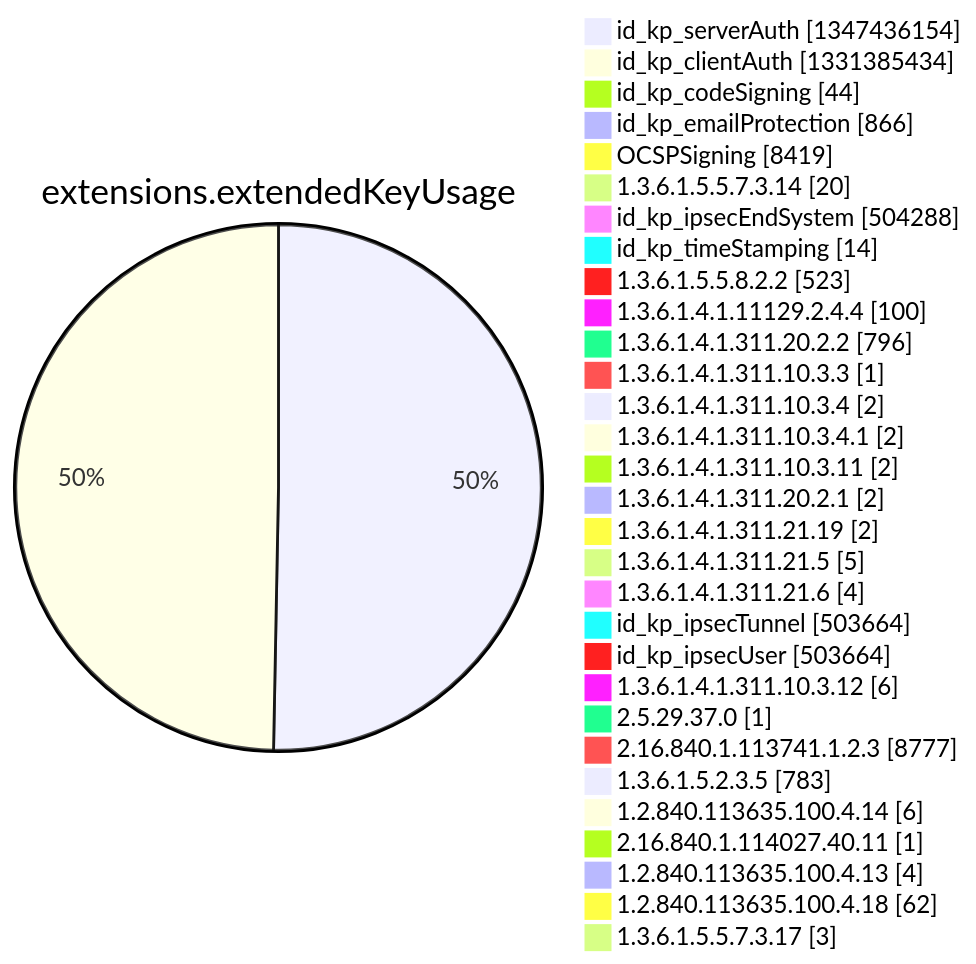
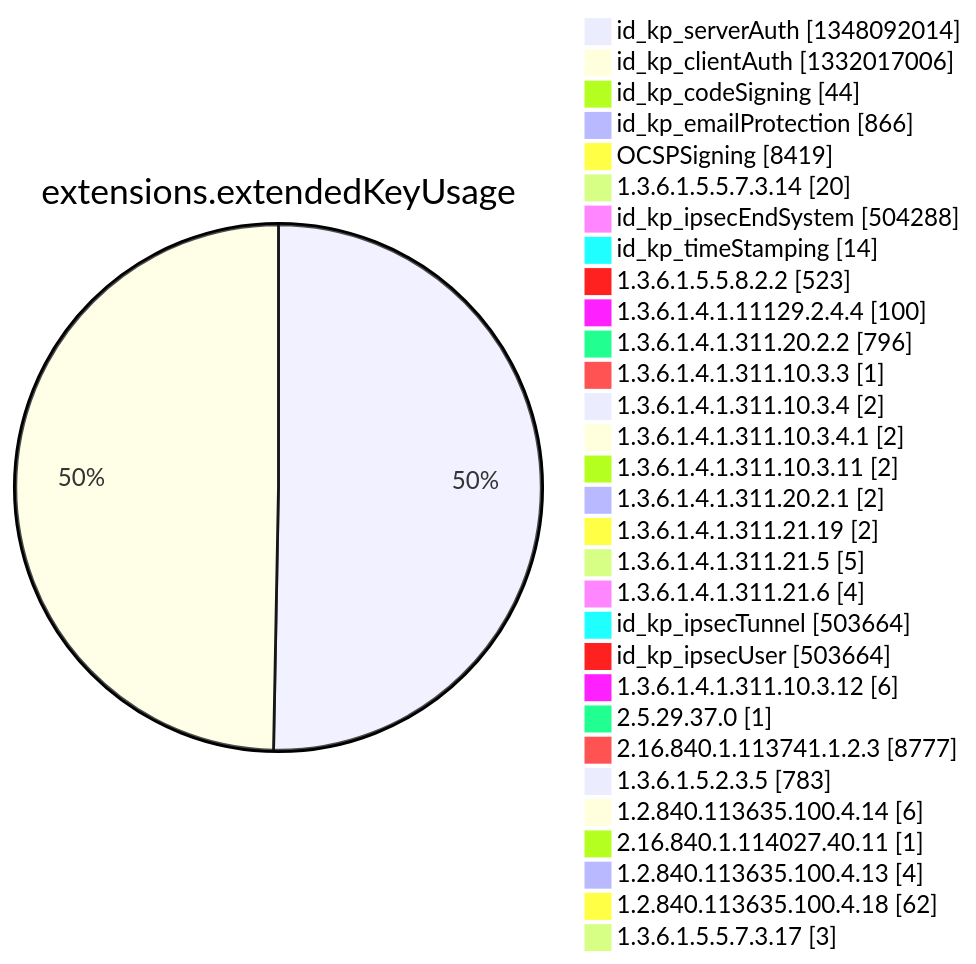
Diagram 12 of 15 in argon2022/README.md (christiankrug/ctmonitor_visualization), drawn with Mermaid before and after one commit. The commit also changed other lines of this file, not shown here.

````diff
--- a/argon2022/README.md
+++ b/argon2022/README.md
@@ -3553,34 +3553,34 @@
 ```mermaid
 pie showData
 title extensions.extendedKeyUsage
-"id_kp_serverAuth" :1347436154
-"id_kp_clientAuth" :1331385434
+"id_kp_serverAuth" :1348092014
+"id_kp_clientAuth" :1332017006
 "id_kp_codeSigning" :44
 "id_kp_emailProtection" :866
 "OCSPSigning" :8419
 "1.3.6.1.5.5.7.3.14" :20
 "id_kp_ipsecEndSystem" :504288
 "id_kp_timeStamping" :14
 "1.3.6.1.5.5.8.2.2" :523
 "1.3.6.1.4.1.11129.2.4.4" :100
 "1.3.6.1.4.1.311.20.2.2" :796
 "1.3.6.1.4.1.311.10.3.3" :1
 "1.3.6.1.4.1.311.10.3.4" :2
 "1.3.6.1.4.1.311.10.3.4.1" :2
 "1.3.6.1.4.1.311.10.3.11" :2
 "1.3.6.1.4.1.311.20.2.1" :2
 "1.3.6.1.4.1.311.21.19" :2
 "1.3.6.1.4.1.311.21.5" :5
 "1.3.6.1.4.1.311.21.6" :4
 "id_kp_ipsecTunnel" :503664
 "id_kp_ipsecUser" :503664
 "1.3.6.1.4.1.311.10.3.12" :6
 "2.5.29.37.0" :1
 "2.16.840.1.113741.1.2.3" :8777
 "1.3.6.1.5.2.3.5" :783
 "1.2.840.113635.100.4.14" :6
 "2.16.840.1.114027.40.11" :1
 "1.2.840.113635.100.4.13" :4
 "1.2.840.113635.100.4.18" :62
 "1.3.6.1.5.5.7.3.17" :3
 ```
````
